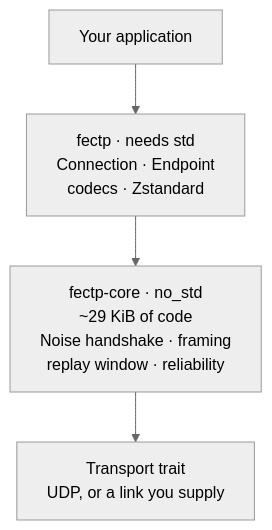
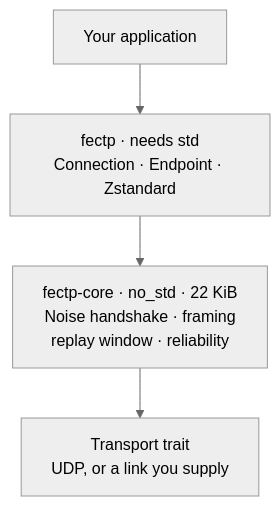
One commit to YounghyeonPark/fectp changed the first of 2 diagrams in README.md. Above: the diagram before and after it, drawn with Mermaid (neutral theme). The commit also changed other lines of this file, not shown here.

````diff
--- a/README.md
+++ b/README.md
@@ -115,8 +47,8 @@
 ```mermaid
 flowchart TB
     A["Your application"]
-    B["fectp · needs std<br/>Connection · Endpoint<br/>codecs · Zstandard"]
-    C["fectp-core · no_std<br/>~29 KiB of code<br/>Noise handshake · framing<br/>replay window · reliability"]
+    B["fectp · needs std<br/>Connection · Endpoint · Zstandard"]
+    C["fectp-core · no_std · 22 KiB<br/>Noise handshake · framing<br/>replay window · reliability"]
     D["Transport trait<br/>UDP, or a link you supply"]
     A --> B --> C --> D
 ```
````
